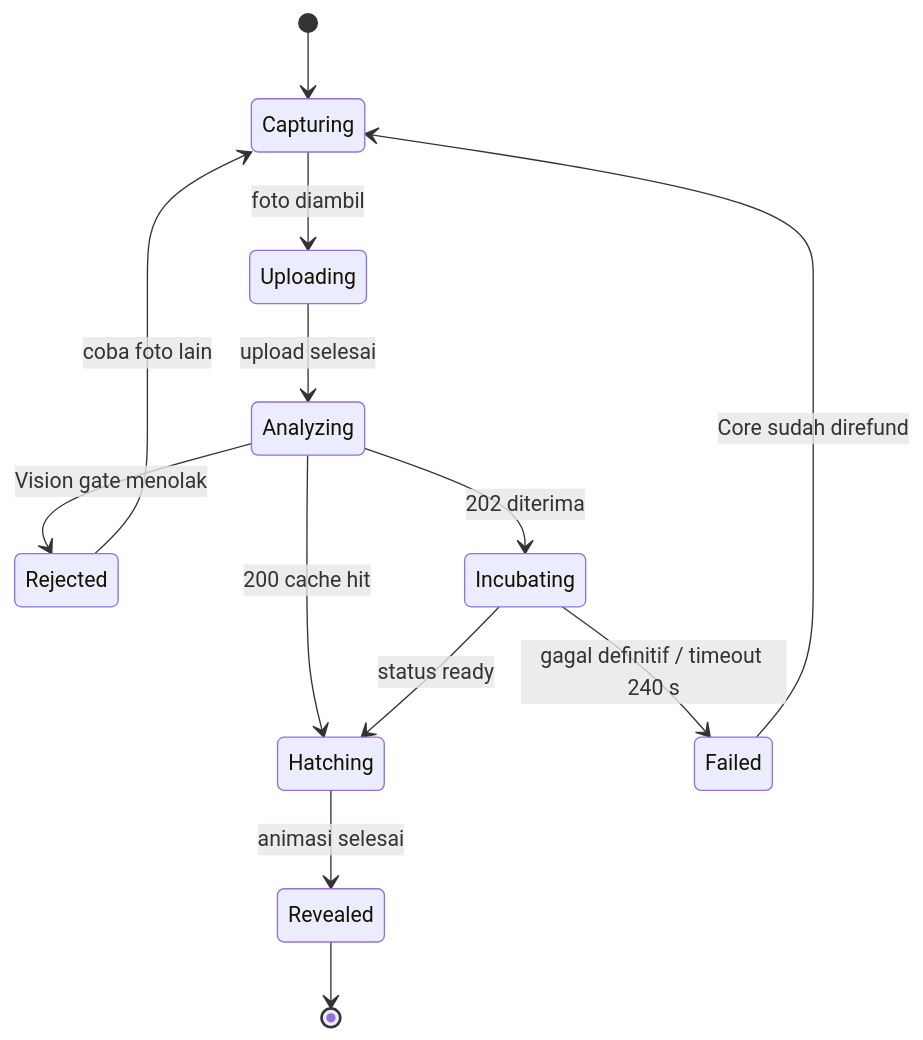
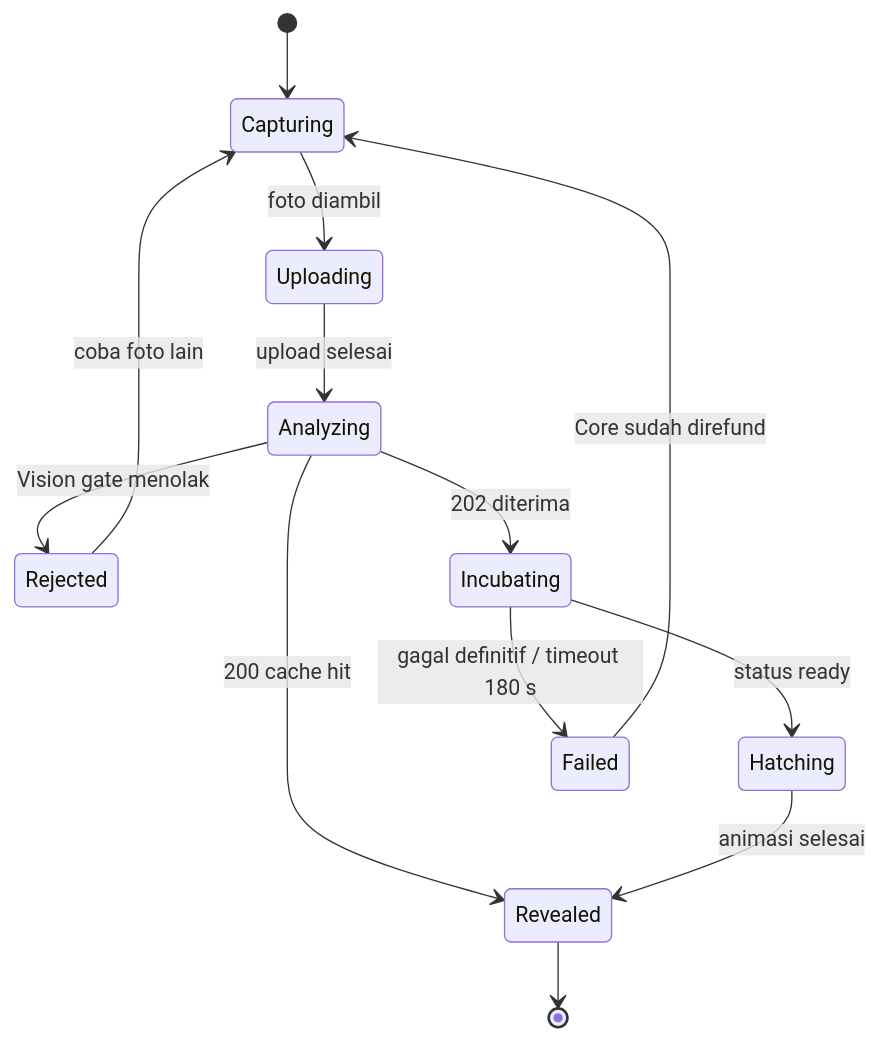
One commit to ryansetia1/Scanima changed the fourth of 5 diagrams in docs/01-architecture-dataflow.md. Above: the diagram before and after it, drawn with Mermaid. The commit also changed other lines of this file and 10 other files, not shown here.

````diff
--- a/docs/01-architecture-dataflow.md
+++ b/docs/01-architecture-dataflow.md
@@ -596,15 +596,15 @@
 ```mermaid
 stateDiagram-v2
     [*] --> Capturing
     Capturing --> Uploading: foto diambil
     Uploading --> Analyzing: upload selesai
     Analyzing --> Rejected: Vision gate menolak
     Analyzing --> Incubating: 202 diterima
-    Analyzing --> Hatching: 200 cache hit
+    Analyzing --> Revealed: 200 cache hit
     Incubating --> Hatching: status ready
-    Incubating --> Failed: gagal definitif / timeout 240 s
+    Incubating --> Failed: gagal definitif / timeout 180 s
     Hatching --> Revealed: animasi selesai
     Rejected --> Capturing: coba foto lain
     Failed --> Capturing: Core sudah direfund
     Revealed --> [*]
 ```
````
